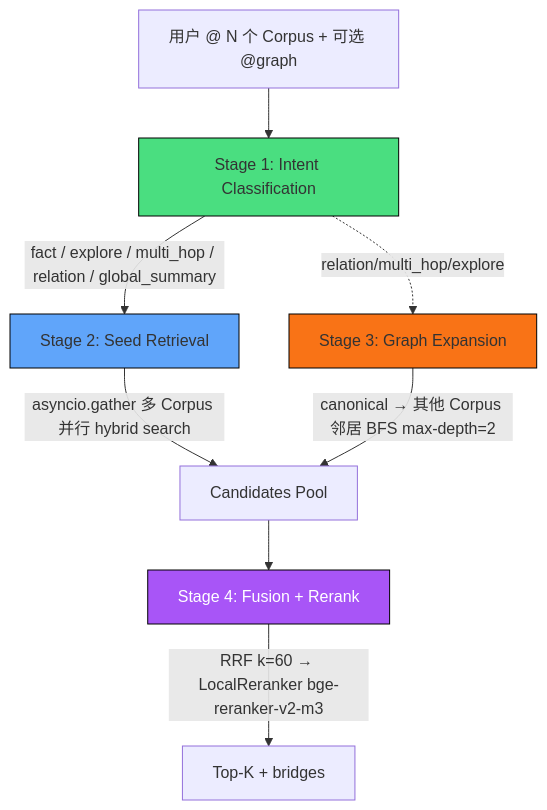
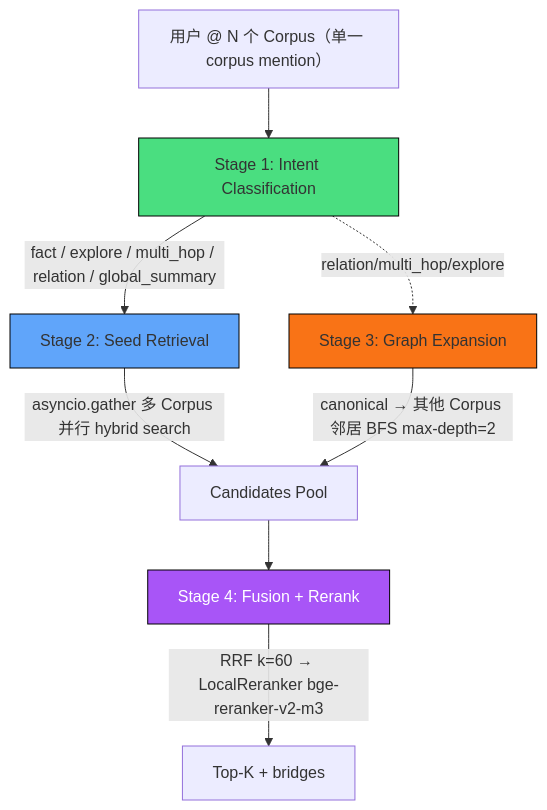
Before and after one commit to ThreeFish-AI/negentropy: the second of 2 diagrams in docs/concepts/037-federated-kg.md, drawn with Mermaid. The commit also changed other lines of this file and 1 other file, not shown here.

First line of the commit message:
docs(at-mention): 同步 037 联邦 KG 文档与 ISSUE-095 处理记录;

````diff
--- a/docs/concepts/037-federated-kg.md
+++ b/docs/concepts/037-federated-kg.md
@@ -102,16 +102,16 @@
 ```mermaid
 graph TD
-  Q[用户 @ N 个 Corpus + 可选 @graph]
+  Q[用户 @ N 个 Corpus（单一 corpus mention）]
   Q --> S1[Stage 1: Intent Classification]
   S1 --> |fact / explore / multi_hop / relation / global_summary| S2[Stage 2: Seed Retrieval]
   S2 --> |asyncio.gather 多 Corpus 并行 hybrid search| POOL[Candidates Pool]
   S1 -.relation/multi_hop/explore.-> S3[Stage 3: Graph Expansion]
   S3 --> |canonical → 其他 Corpus 邻居 BFS max-depth=2| POOL
   POOL --> S4[Stage 4: Fusion + Rerank]
   S4 --> |RRF k=60 → LocalReranker bge-reranker-v2-m3| OUT[Top-K + bridges]
 
   style S1 fill:#4ade80,stroke:#000
   style S2 fill:#60a5fa,stroke:#000
   style S3 fill:#f97316,stroke:#000
   style S4 fill:#a855f7,stroke:#000,color:#fff
 ```
````
